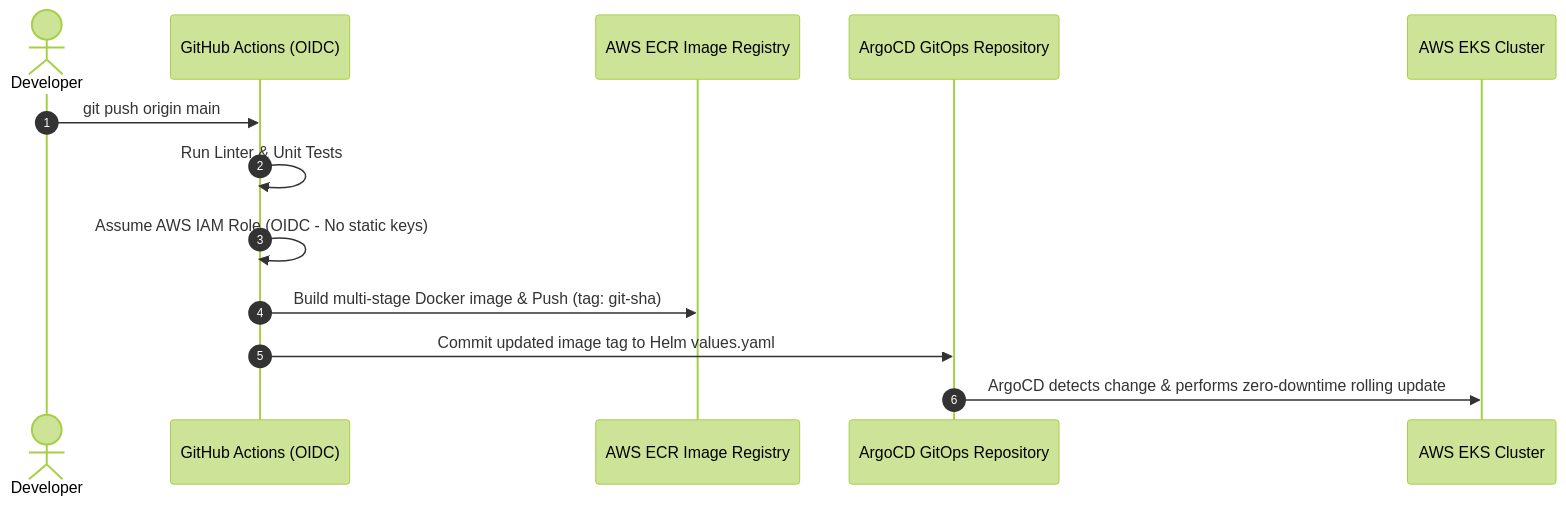
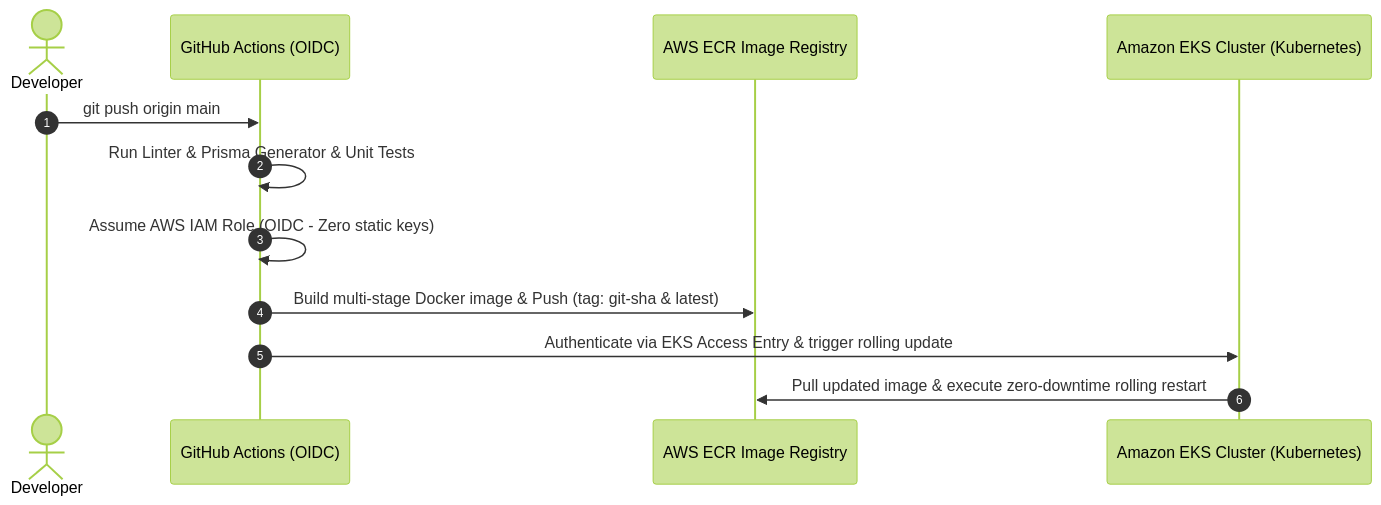
One commit to Hieuej147/ecommerce-backend changed the second of 2 diagrams in README.md. Above: the diagram before and after it, drawn with Mermaid (forest theme). The commit also changed other lines of this file and 8 other files, not shown here.

Commit message:
feat(ci): update github actions workflow with zero-downtime EKS rollout and fallback env configurations

````diff
--- a/README.md
+++ b/README.md
@@ -502,16 +502,15 @@
 ```mermaid
 sequenceDiagram
     autonumber
     actor Developer
     participant GitHub as GitHub Actions (OIDC)
     participant ECR as AWS ECR Image Registry
-    participant GitOps as ArgoCD GitOps Repository
-    participant EKS as AWS EKS Cluster
+    participant EKS as Amazon EKS Cluster (Kubernetes)
 
     Developer->>GitHub: git push origin main
-    GitHub->>GitHub: Run Linter & Unit Tests
-    GitHub->>GitHub: Assume AWS IAM Role (OIDC - No static keys)
-    GitHub->>ECR: Build multi-stage Docker image & Push (tag: git-sha)
-    GitHub->>GitOps: Commit updated image tag to Helm values.yaml
-    GitOps->>EKS: ArgoCD detects change & performs zero-downtime rolling update
+    GitHub->>GitHub: Run Linter & Prisma Generator & Unit Tests
+    GitHub->>GitHub: Assume AWS IAM Role (OIDC - Zero static keys)
+    GitHub->>ECR: Build multi-stage Docker image & Push (tag: git-sha & latest)
+    GitHub->>EKS: Authenticate via EKS Access Entry & trigger rolling update
+    EKS->>ECR: Pull updated image & execute zero-downtime rolling restart
 ```
````
